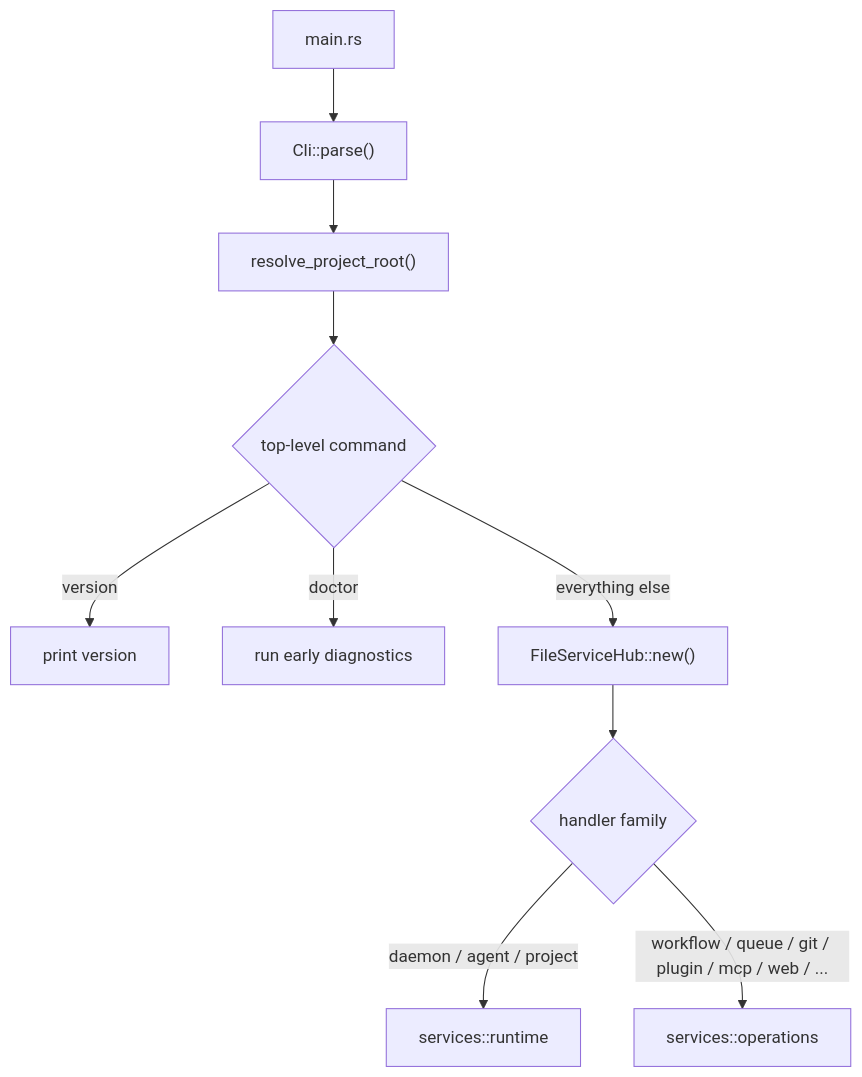
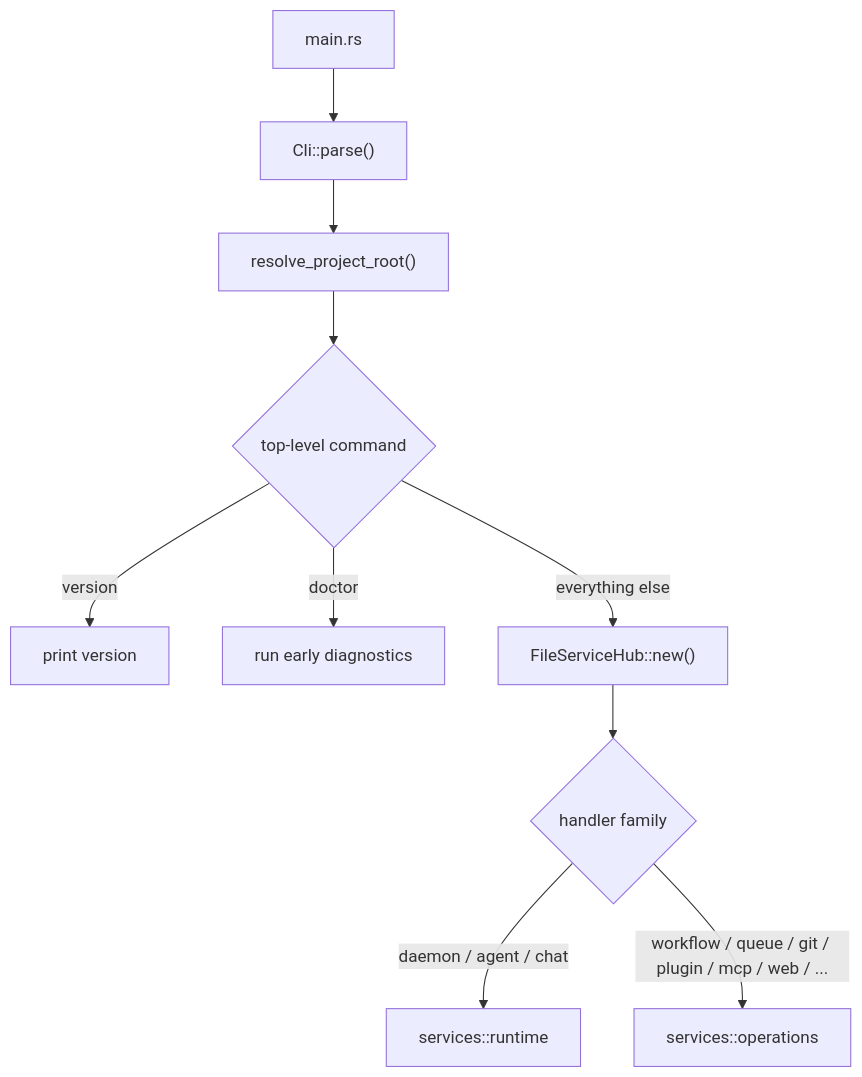
Before and after one commit to launchapp-dev/animus-cli: the first of 2 diagrams in crates/orchestrator-cli/README.md, drawn with Mermaid. The commit also changed other lines of this file, not shown here.

````diff
--- a/crates/orchestrator-cli/README.md
+++ b/crates/orchestrator-cli/README.md
@@ -18,14 +18,14 @@
 ```mermaid
 flowchart TD
     MAIN["main.rs"] --> PARSE["Cli::parse()"]
     PARSE --> ROOT["resolve_project_root()"]
     ROOT --> CMD{"top-level command"}
 
     CMD -->|version| VER["print version"]
     CMD -->|doctor| EARLY["run early diagnostics"]
     CMD -->|everything else| HUB["FileServiceHub::new()"]
 
     HUB --> ROUTE{"handler family"}
-    ROUTE -->|daemon / agent / project| RT["services::runtime"]
+    ROUTE -->|daemon / agent / chat| RT["services::runtime"]
     ROUTE -->|workflow / queue / git / plugin / mcp / web / ...| OPS["services::operations"]
 ```
````
